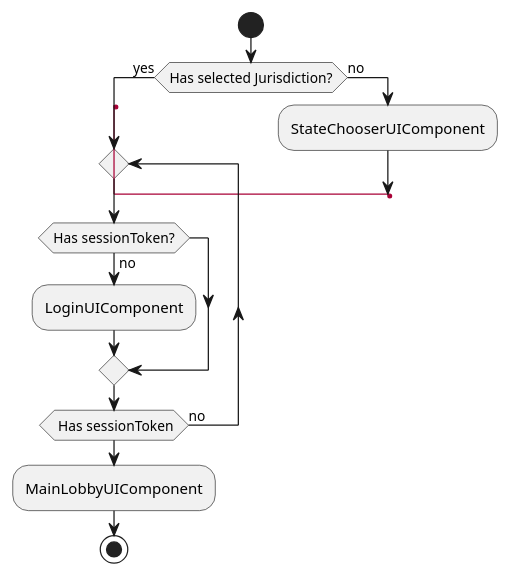
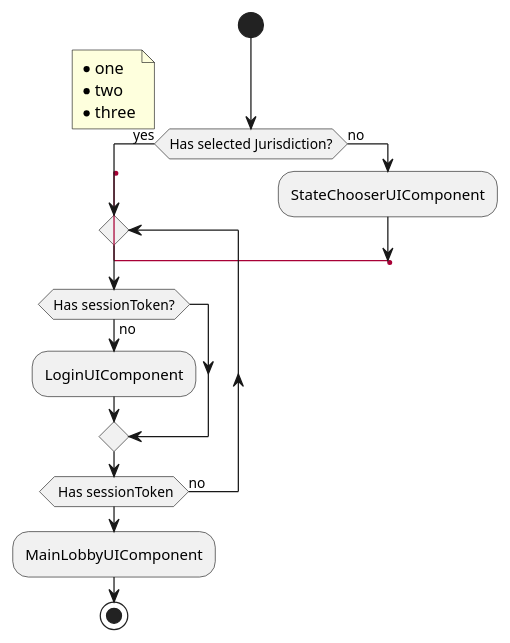
The diagram in uml/login.puml (palainteractivedev/umlmodels), drawn with PlantUML before and after one commit.

```diff
--- a/uml/login.puml
+++ b/uml/login.puml
@@ -1,18 +1,23 @@
 @startuml
 
 start
 if (Has selected Jurisdiction?) then (yes)
   label lbl_login
   repeat
     if (Has sessionToken?) then (no)
       :LoginUIComponent;
     endif
   repeat while( Has sessionToken) is (no)
   :MainLobbyUIComponent;
   stop
 else (no)
   :StateChooserUIComponent;
   goto lbl_login
 endif
+note left
+  * one
+  * two
+  * three
+end note
 
 @enduml
```
